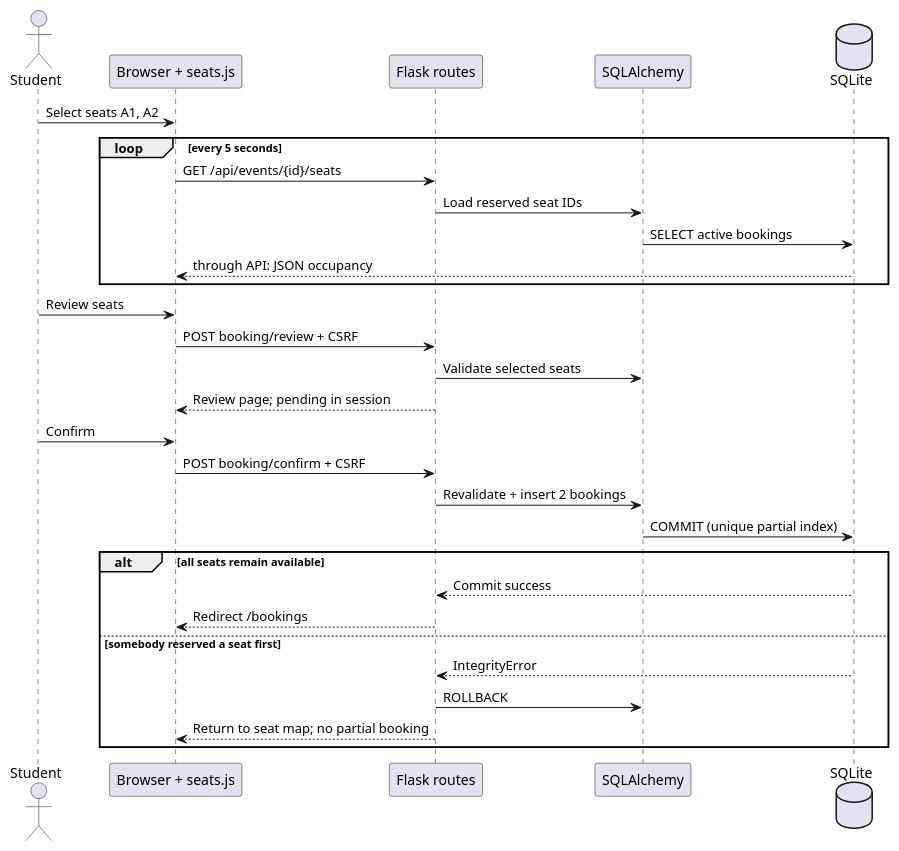
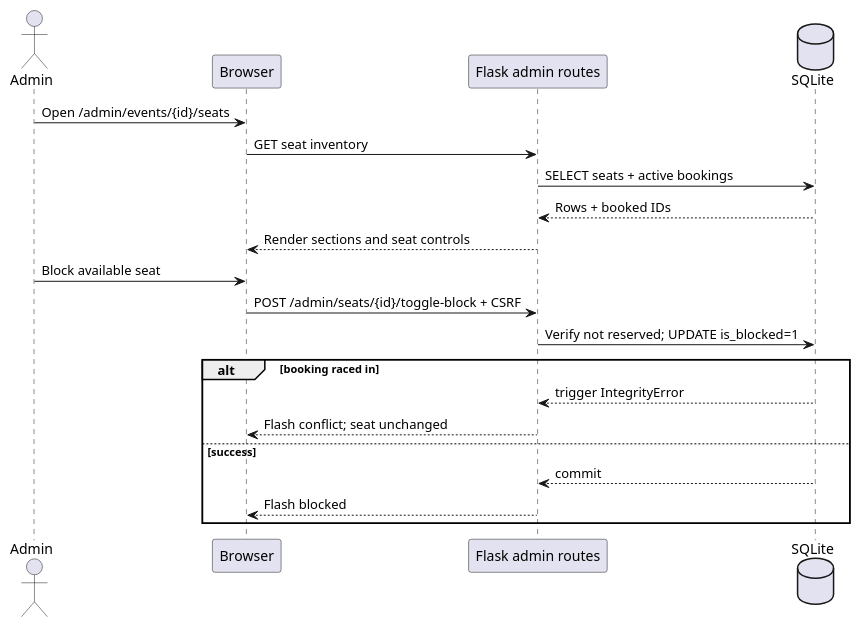
Before and after one commit to ItsMONIKAAKTER/CSTBS: the third of 6 diagrams in docs/uml.md, drawn with PlantUML. The commit also changed other lines of this file and 31 other files, not shown here.

````diff
--- a/docs/uml.md
+++ b/docs/uml.md
@@ -131,32 +109,23 @@
 ```plantuml
 @startuml
-actor Student
-participant "Browser + seats.js" as Browser
-participant "Flask routes" as Route
-participant "SQLAlchemy" as ORM
-database SQLite as DB
-Student -> Browser : Select seats A1, A2
-loop every 5 seconds
-  Browser -> Route : GET /api/events/{id}/seats
-  Route -> ORM : Load reserved seat IDs
-  ORM -> DB : SELECT active bookings
-  DB --> Browser : through API: JSON occupancy
-end
-Student -> Browser : Review seats
-Browser -> Route : POST booking/review + CSRF
-Route -> ORM : Validate selected seats
-Route --> Browser : Review page; pending in session
-Student -> Browser : Confirm
-Browser -> Route : POST booking/confirm + CSRF
-Route -> ORM : Revalidate + insert 2 bookings
-ORM -> DB : COMMIT (unique partial index)
-alt all seats remain available
-  DB --> Route : Commit success
-  Route --> Browser : Redirect /bookings
-else somebody reserved a seat first
-  DB --> Route : IntegrityError
-  Route -> ORM : ROLLBACK
-  Route --> Browser : Return to seat map; no partial booking
+actor Admin
+participant "Browser" as Browser
+participant "Flask admin routes" as AdminRoutes
+database "SQLite" as DB
+Admin -> Browser : Open /admin/events/{id}/seats
+Browser -> AdminRoutes : GET seat inventory
+AdminRoutes -> DB : SELECT seats + active bookings
+DB --> AdminRoutes : Rows + booked IDs
+AdminRoutes --> Browser : Render sections and seat controls
+Admin -> Browser : Block available seat
+Browser -> AdminRoutes : POST /admin/seats/{id}/toggle-block + CSRF
+AdminRoutes -> DB : Verify not reserved; UPDATE is_blocked=1
+alt booking raced in
+  DB --> AdminRoutes : trigger IntegrityError
+  AdminRoutes --> Browser : Flash conflict; seat unchanged
+else success
+  DB --> AdminRoutes : commit
+  AdminRoutes --> Browser : Flash blocked
 end
 @enduml
 ```
````
